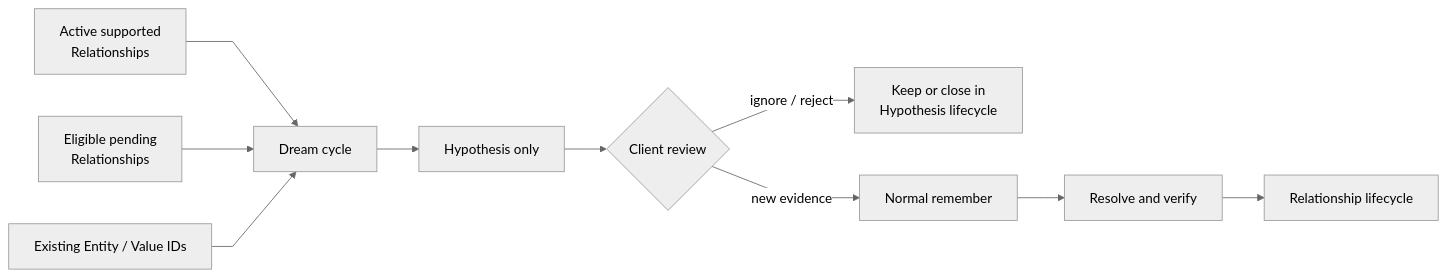
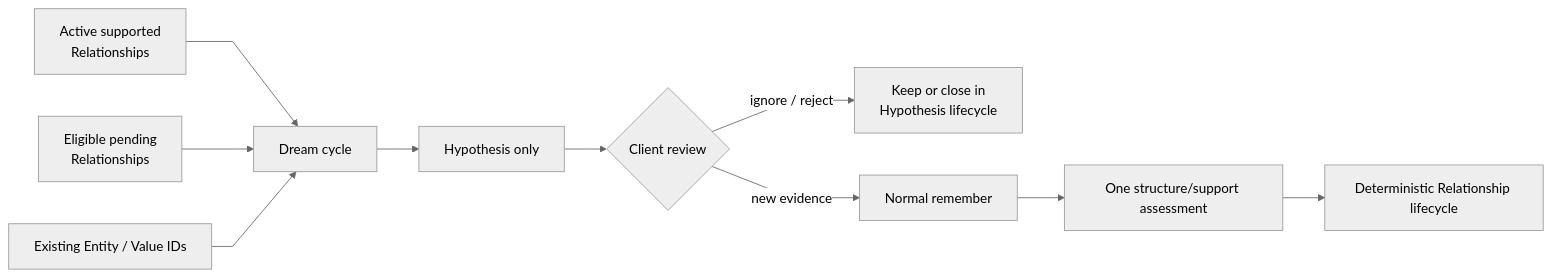
One commit to markhuangai/dense-mem changed the first of 3 diagrams in Dreaming.md. Above: the diagram before and after it, drawn with Mermaid (neutral theme). The commit also changed other lines of this file and 24 other files, not shown here.

Commit message:
Document V2.4 one-call placement architecture

````diff
--- a/Dreaming.md
+++ b/Dreaming.md
@@ -12,13 +12,13 @@
 ```mermaid
 %%{init: {"flowchart": {"curve": "linear"}}}%%
 flowchart LR
   Active["Active supported<br/>Relationships"] --> Cycle["Dream cycle"]
   Pending["Eligible pending<br/>Relationships"] --> Cycle
   Nodes["Existing Entity / Value IDs"] --> Cycle
   Cycle --> Hypothesis["Hypothesis only"]
   Hypothesis --> Review{"Client review"}
   Review -- ignore / reject --> Isolated["Keep or close in<br/>Hypothesis lifecycle"]
   Review -- new evidence --> Remember["Normal remember"]
-  Remember --> Verify["Resolve and verify"]
-  Verify --> Relationship["Relationship lifecycle"]
+  Remember --> Assess["One structure/support assessment"]
+  Assess --> Relationship["Deterministic Relationship lifecycle"]
 ```
````
